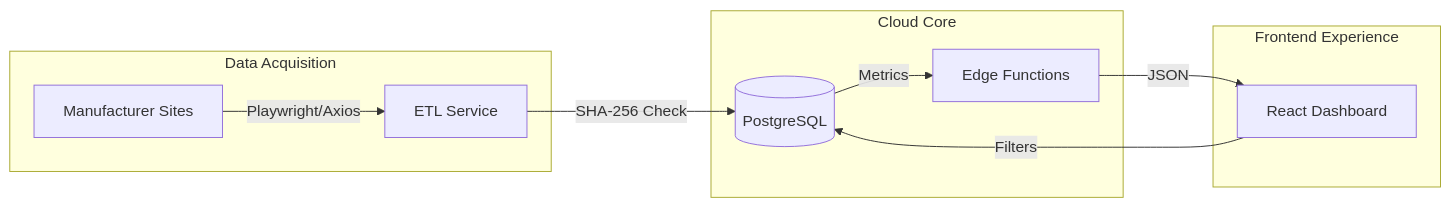
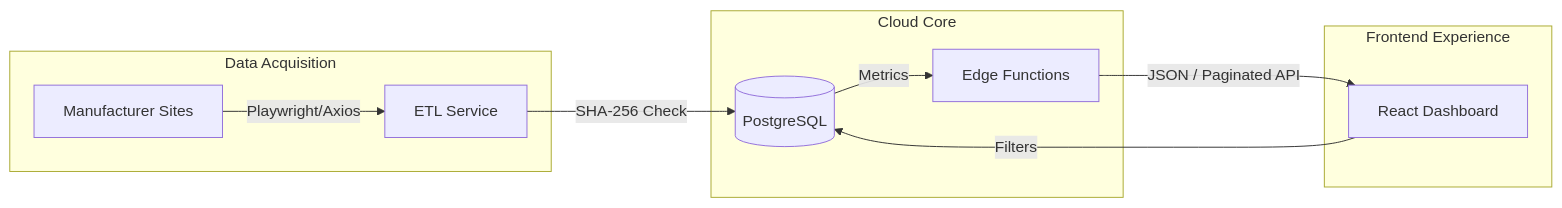
Before and after one commit to Raulgarcia12/bright_choice: the diagram in README.md, drawn with Mermaid. The commit also changed other lines of this file, not shown here.

````diff
--- a/README.md
+++ b/README.md
@@ -32,16 +32,16 @@
 ```mermaid
 graph LR
     subgraph "Data Acquisition"
     A[Manufacturer Sites] -- Playwright/Axios --> B[ETL Service]
     end
     
     subgraph "Cloud Core"
     B -- SHA-256 Check --> C[(PostgreSQL)]
     C -- Metrics --> D[Edge Functions]
     end
     
     subgraph "Frontend Experience"
-    D -- JSON --> E[React Dashboard]
+    D -- JSON / Paginated API --> E[React Dashboard]
     E -- Filters --> C
     end
 ```
````
